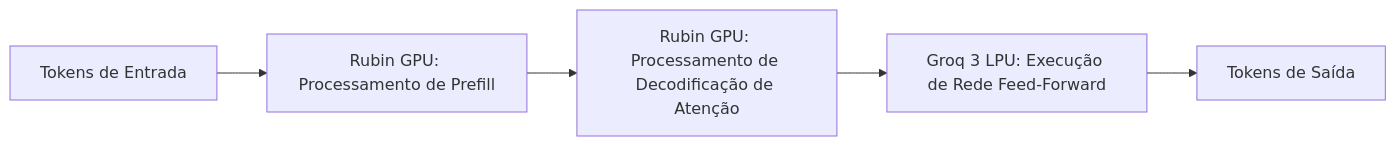
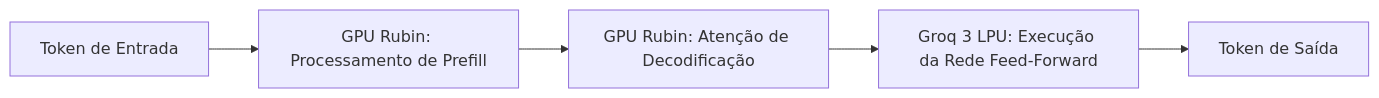
Before and after one commit to no-problem-dev/rick-brick-content: the first of 3 diagrams in articles/pt/2026-03-18-nvidia-vera-rubin-inference-infrastructure.md, drawn with Mermaid. The commit also changed other lines of this file and 126 other files, not shown here.

````diff
--- a/articles/pt/2026-03-18-nvidia-vera-rubin-inference-infrastructure.md
+++ b/articles/pt/2026-03-18-nvidia-vera-rubin-inference-infrastructure.md
@@ -112,7 +111,7 @@
 ```mermaid
 graph LR
-    A[Tokens de Entrada] --> B[Rubin GPU: Processamento de Prefill]
-    B --> C[Rubin GPU: Processamento de Decodificação de Atenção]
-    C --> D[Groq 3 LPU: Execução de Rede Feed-Forward]
-    D --> E[Tokens de Saída]
+    A[Token de Entrada] --> B[GPU Rubin: Processamento de Prefill]
+    B --> C[GPU Rubin: Atenção de Decodificação]
+    C --> D[Groq 3 LPU: Execução da Rede Feed-Forward]
+    D --> E[Token de Saída]
 ```
````
